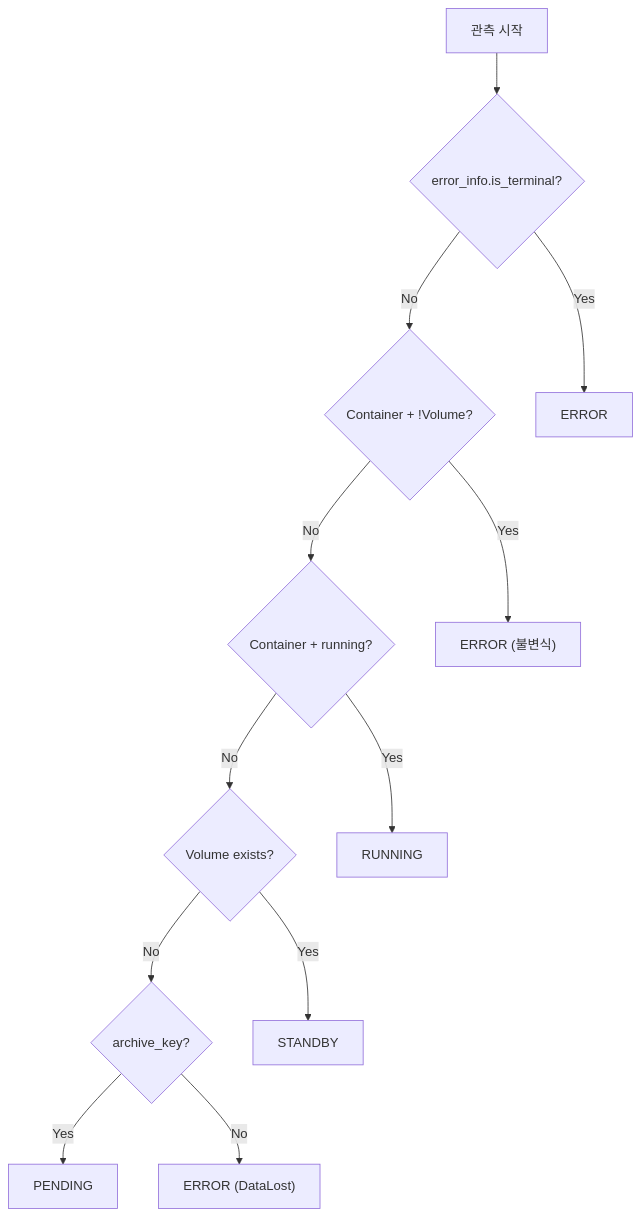
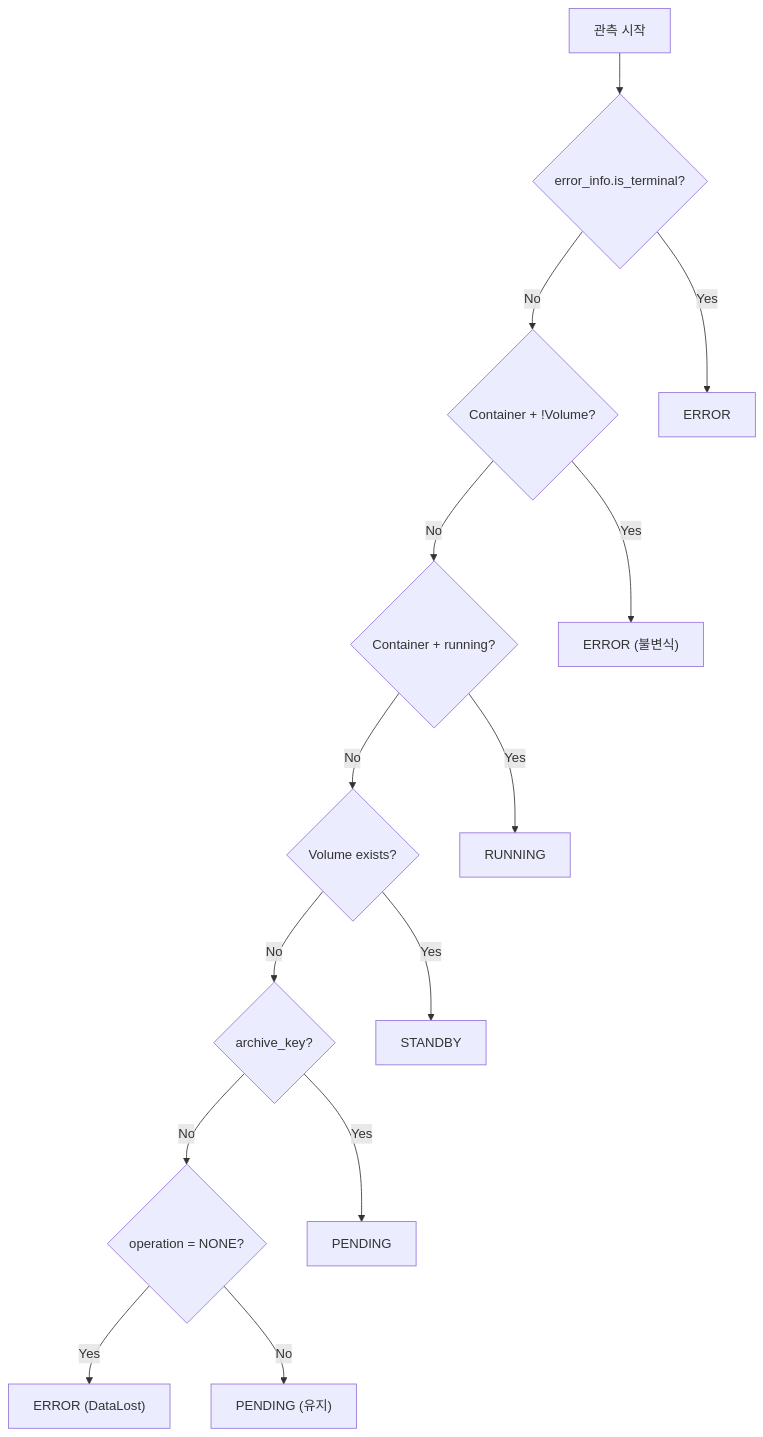
One commit to cagojeiger/code-hub changed the diagram in docs/spec_v2/components/health-monitor.md. Above: the diagram before and after it, drawn with Mermaid. The commit also changed other lines of this file and 3 other files, not shown here.

````diff
--- a/docs/spec_v2/components/health-monitor.md
+++ b/docs/spec_v2/components/health-monitor.md
@@ -76,28 +81,32 @@
 ```mermaid
 flowchart TB
     Start["관측 시작"]
     Terminal{"error_info.is_terminal?"}
     ContainerNoVol{"Container + !Volume?"}
     Running{"Container + running?"}
     Volume{"Volume exists?"}
     Archive{"archive_key?"}
+    Operation{"operation = NONE?"}
 
     ERROR1["ERROR"]
     ERROR2["ERROR (불변식)"]
     RUNNING["RUNNING"]
     STANDBY["STANDBY"]
     PENDING["PENDING"]
     ERROR3["ERROR (DataLost)"]
+    PENDING2["PENDING (유지)"]
 
     Start --> Terminal
     Terminal -->|Yes| ERROR1
     Terminal -->|No| ContainerNoVol
     ContainerNoVol -->|Yes| ERROR2
     ContainerNoVol -->|No| Running
     Running -->|Yes| RUNNING
     Running -->|No| Volume
     Volume -->|Yes| STANDBY
     Volume -->|No| Archive
     Archive -->|Yes| PENDING
-    Archive -->|No| ERROR3
+    Archive -->|No| Operation
+    Operation -->|Yes| ERROR3
+    Operation -->|No| PENDING2
 ```
````
